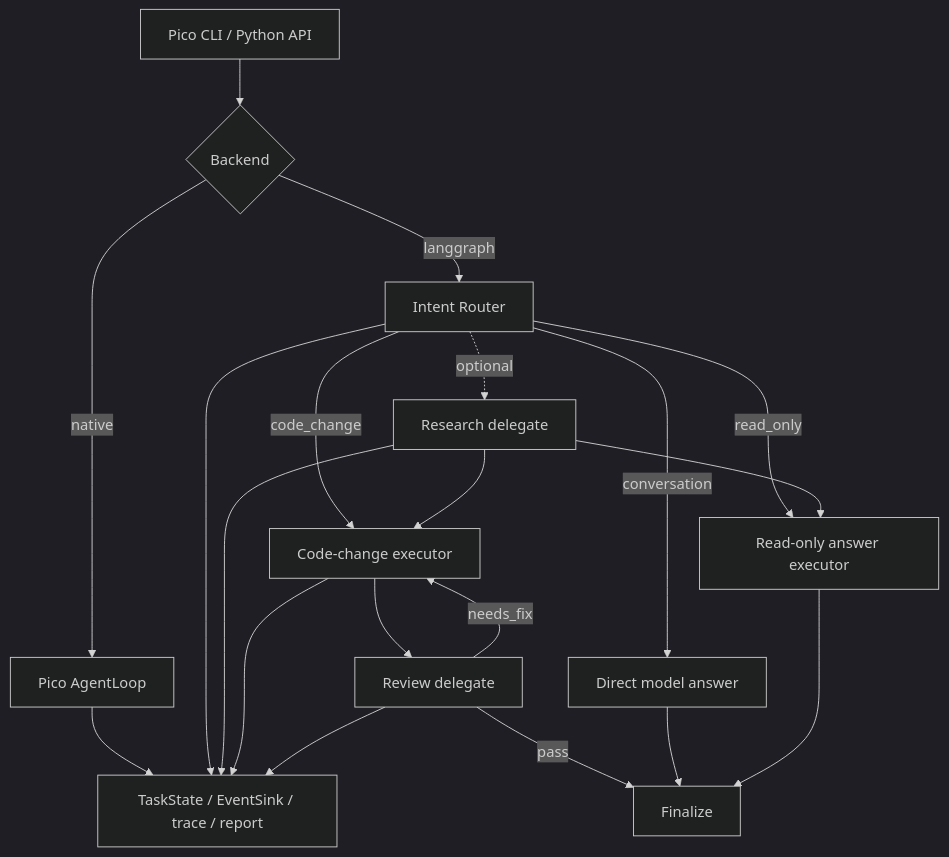
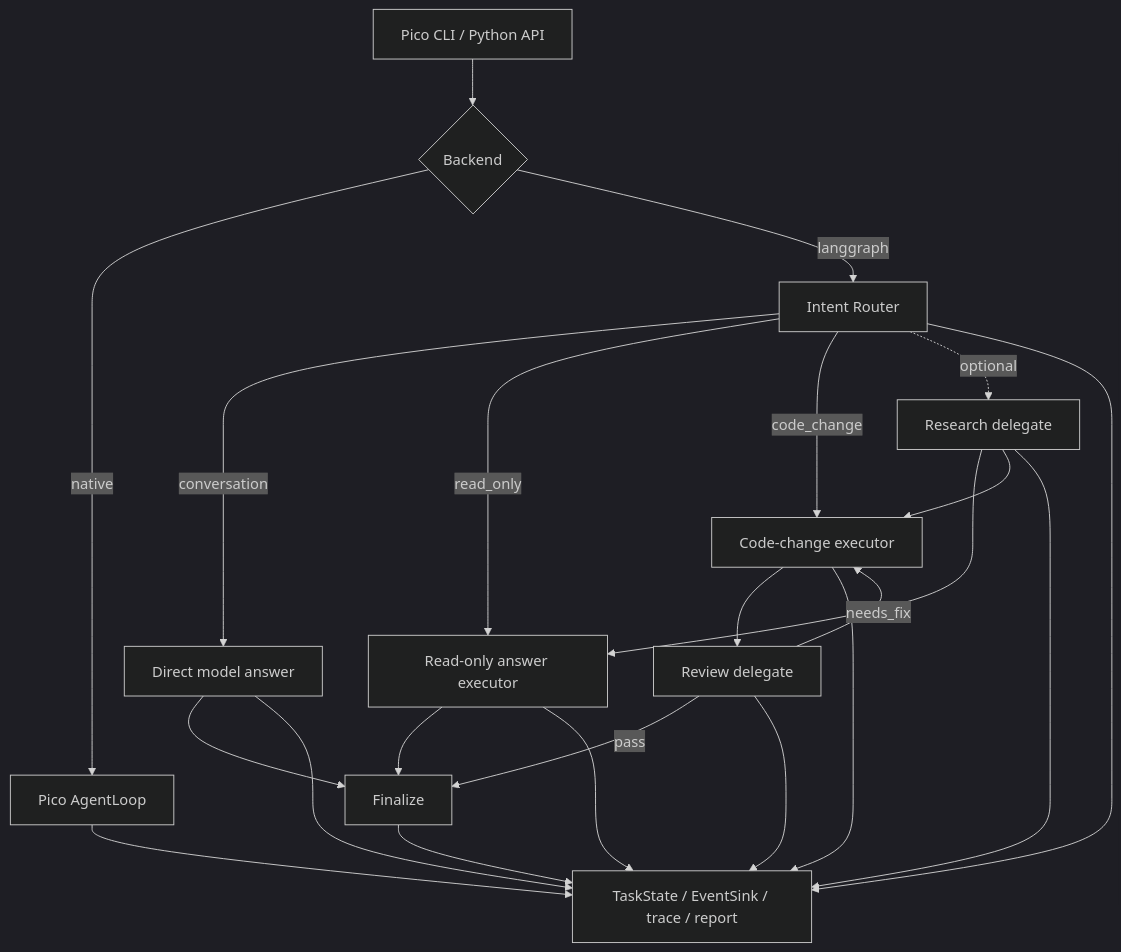
Before and after one commit to sumiim/pico-langgraph-harness: the diagram in README.md, drawn with Mermaid (dark theme). The commit also changed other lines of this file, not shown here.

Commit message:
docs: clarify audit flow and CLI options

````diff
--- a/README.md
+++ b/README.md
@@ -24,26 +24,29 @@
 ```mermaid
 flowchart TD
     CLI["Pico CLI / Python API"] --> Backend{"Backend"}
     Backend -->|native| Native["Pico AgentLoop"]
     Backend -->|langgraph| Router["Intent Router"]
 
     Router -->|conversation| Conversation["Direct model answer"]
     Router -->|read_only| ReadOnly["Read-only answer executor"]
     Router -->|code_change| Execute["Code-change executor"]
 
     Router -. optional .-> Research["Research delegate"]
     Research --> ReadOnly
     Research --> Execute
 
     Execute --> Review["Review delegate"]
     Review -->|needs_fix| Execute
     Review -->|pass| Finalize["Finalize"]
     Conversation --> Finalize
     ReadOnly --> Finalize
 
     Native --> Audit["TaskState / EventSink / trace / report"]
     Router --> Audit
     Research --> Audit
+    Conversation --> Audit
+    ReadOnly --> Audit
     Execute --> Audit
     Review --> Audit
+    Finalize --> Audit
 ```
````
